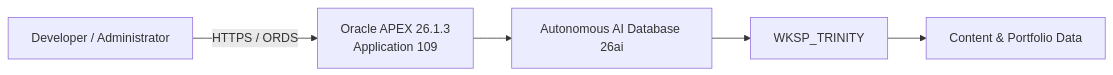
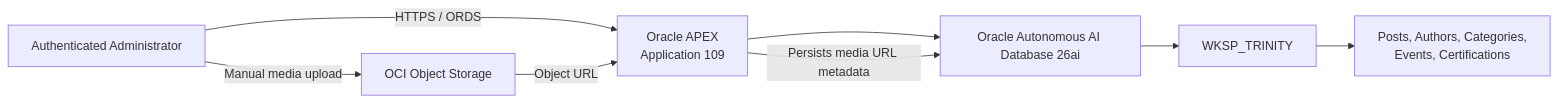
Before and after one commit to tinuslopez/Trinity: the first of 2 diagrams in README.md, drawn with Mermaid. The commit also changed other lines of this file and 7 other files, not shown here.

First line of the commit message:
feat: extend TRINITY with events and certifications

````diff
--- a/README.md
+++ b/README.md
@@ -44,7 +40,11 @@
 ```mermaid
 flowchart LR
-    U["Developer / Administrator"] -->|"HTTPS / ORDS"| A["Oracle APEX 26.1.3<br/>Application 109"]
-    A --> D["Autonomous AI Database 26ai"]
+    A["Authenticated Administrator"] -->|"HTTPS / ORDS"| X["Oracle APEX<br/>Application 109"]
+    X --> D["Oracle Autonomous AI Database 26ai"]
     D --> S["WKSP_TRINITY"]
-    S --> C["Content & Portfolio Data"]
+    S --> C["Posts, Authors, Categories,<br/>Events, Certifications"]
+
+    A -->|"Manual media upload"| O["OCI Object Storage"]
+    O -->|"Object URL"| X
+    X -->|"Persists media URL metadata"| D
 ```
````
